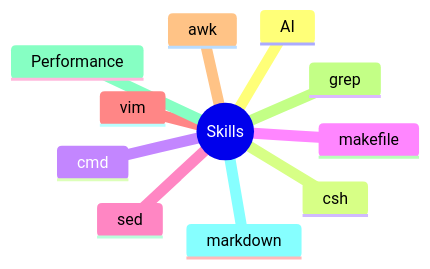
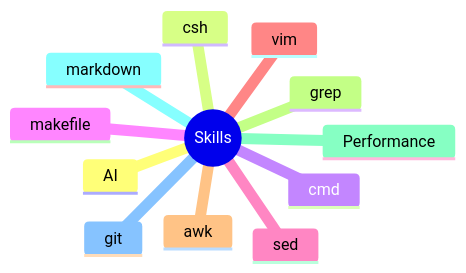
The diagram in notes/skill/skill_entry.md (superupon/knowledge_zh), drawn with Mermaid before and after one commit. The commit also changed other lines of this file and 3 other files, not shown here.

````diff
--- a/notes/skill/skill_entry.md
+++ b/notes/skill/skill_entry.md
@@ -14,14 +15,15 @@
 ```mermaid
 mindmap
 root((Skills))
   AI
   csh
   cmd
   makefile
   sed
   vim
   awk
   grep
   Performance
   markdown
+  git
 ```
````
